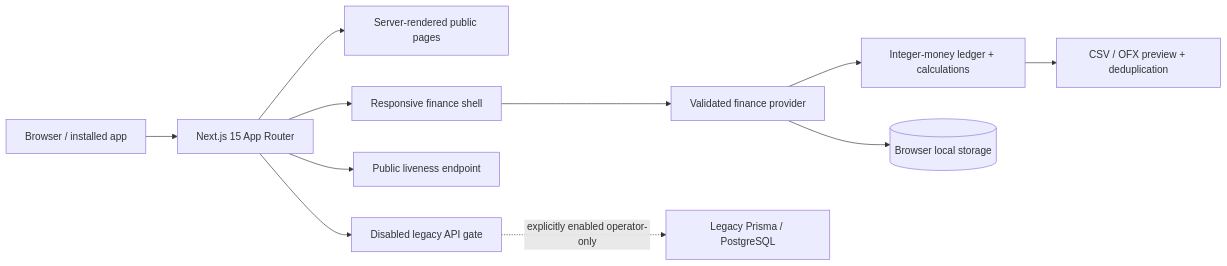
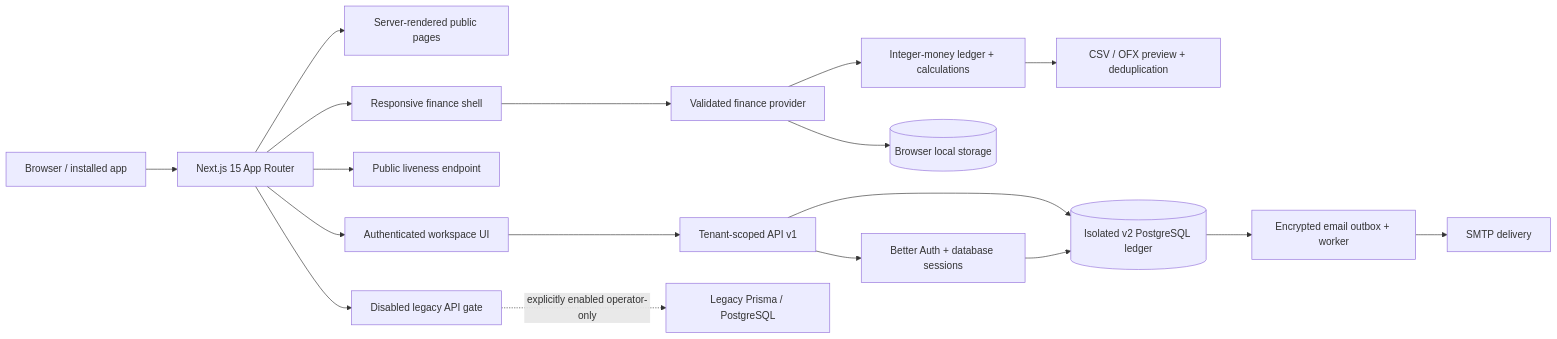
One commit to Thippeswamykr1204/FinSight changed the diagram in README.md. Above: the diagram before and after it, drawn with Mermaid. The commit also changed other lines of this file and 76 other files, not shown here.

Commit message:
feat: add verified hosted identity and tenant-safe workspaces

````diff
--- a/README.md
+++ b/README.md
@@ -37,13 +41,20 @@
 ```mermaid
 flowchart LR
   Browser[Browser / installed app] --> Next[Next.js 15 App Router]
   Next --> Marketing[Server-rendered public pages]
   Next --> Shell[Responsive finance shell]
   Shell --> Provider[Validated finance provider]
   Provider --> Domain[Integer-money ledger + calculations]
   Provider --> Local[(Browser local storage)]
   Domain --> Import[CSV / OFX preview + deduplication]
   Next --> Health[Public liveness endpoint]
+  Next --> Hosted[Authenticated workspace UI]
+  Hosted --> API[Tenant-scoped API v1]
+  API --> Identity[Better Auth + database sessions]
+  API --> Postgres[(Isolated v2 PostgreSQL ledger)]
+  Identity --> Postgres
+  Postgres --> Outbox[Encrypted email outbox + worker]
+  Outbox --> SMTP[SMTP delivery]
   Next --> Gate[Disabled legacy API gate]
   Gate -. explicitly enabled operator-only .-> Prisma[Legacy Prisma / PostgreSQL]
 ```
````
